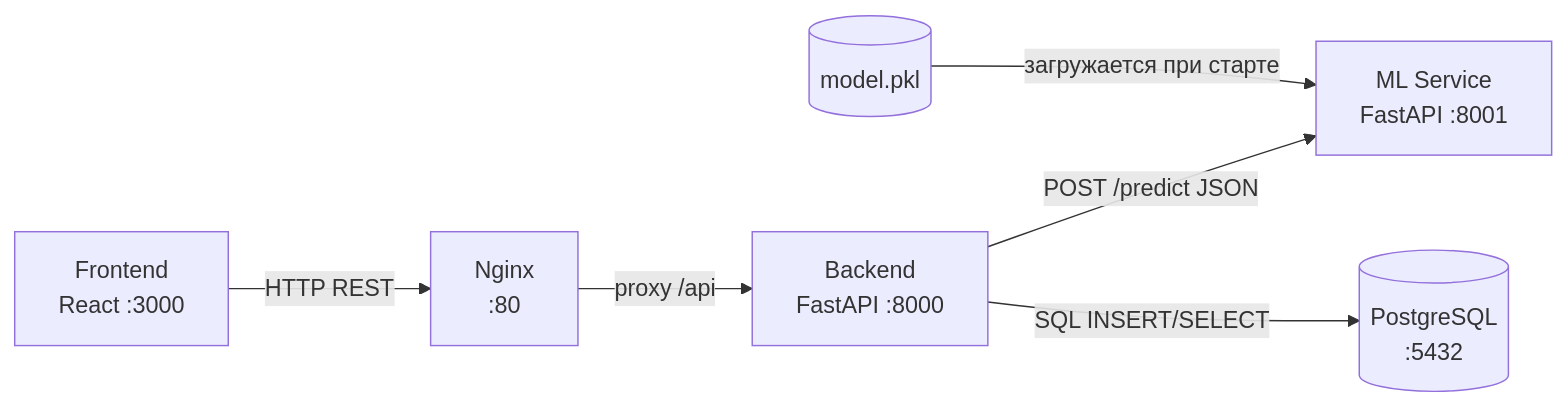
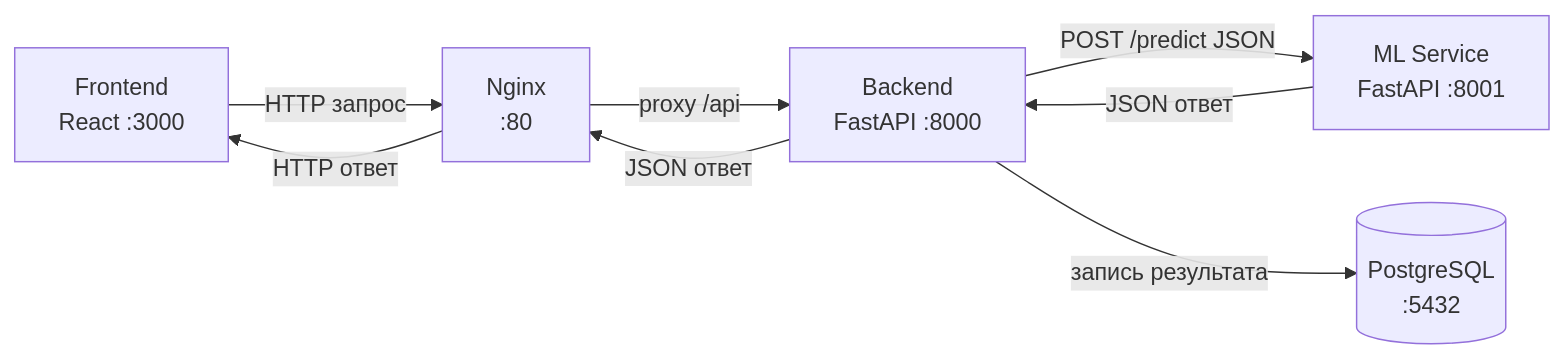
One commit to Sypoo1/mtuci-piis changed the second of 2 diagrams in docs/lab1.md. Above: the diagram before and after it, drawn with Mermaid. The commit also changed other lines of this file, not shown here.

````diff
--- a/docs/lab1.md
+++ b/docs/lab1.md
@@ -177,8 +177,10 @@
 ```mermaid
 graph LR
-    A[Frontend\nReact :3000] -->|HTTP REST| B[Nginx\n:80]
+    A[Frontend\nReact :3000] -->|HTTP запрос| B[Nginx\n:80]
     B -->|proxy /api| C[Backend\nFastAPI :8000]
+    B -->|HTTP ответ| A
     C -->|POST /predict JSON| D[ML Service\nFastAPI :8001]
-    E[(model.pkl)] -->|загружается при старте| D
-    C -->|SQL INSERT/SELECT| F[(PostgreSQL\n:5432)]
+    D -->|JSON ответ| C
+    C -->|запись результата| F[(PostgreSQL\n:5432)]
+    C -->|JSON ответ| B
 ```
````
